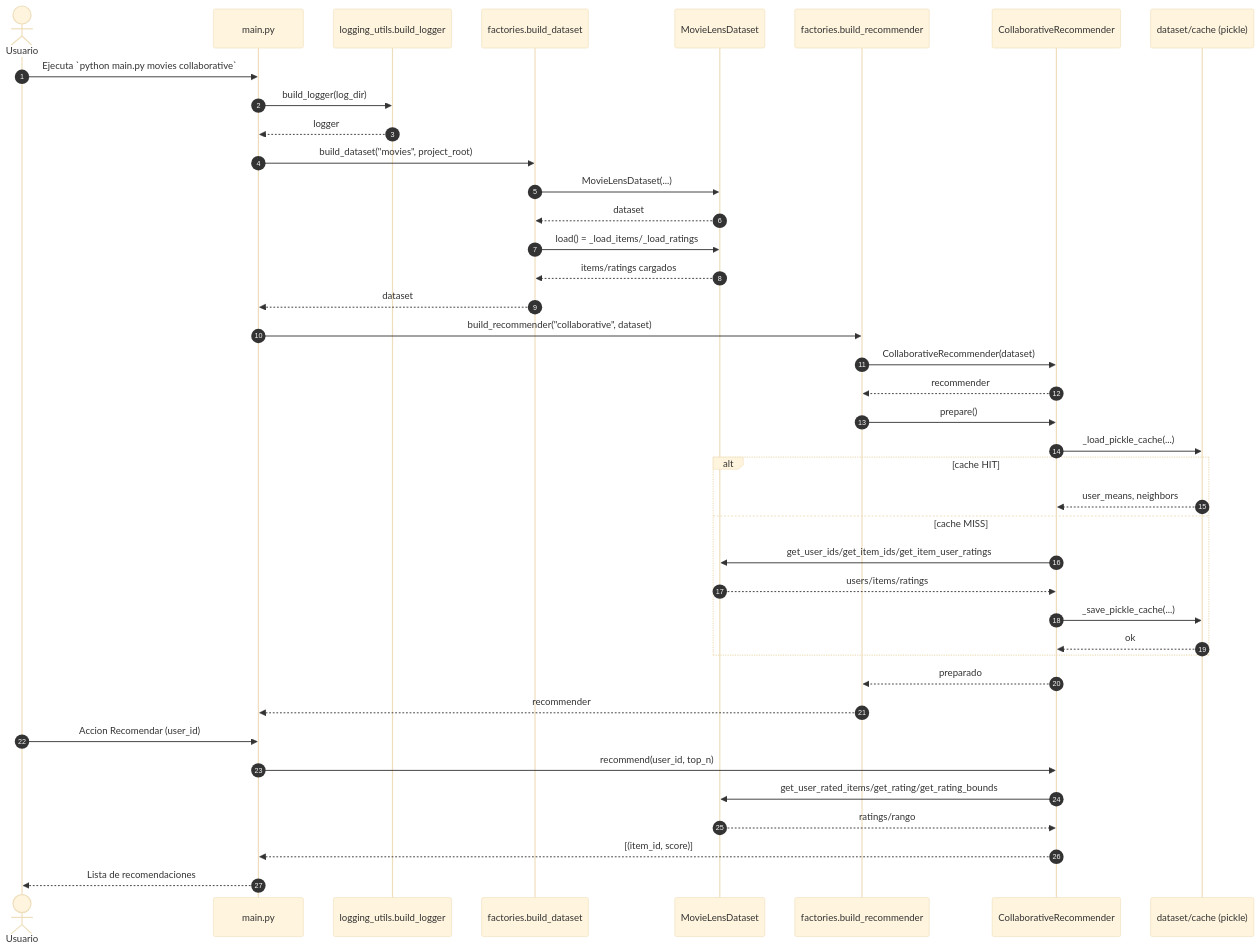
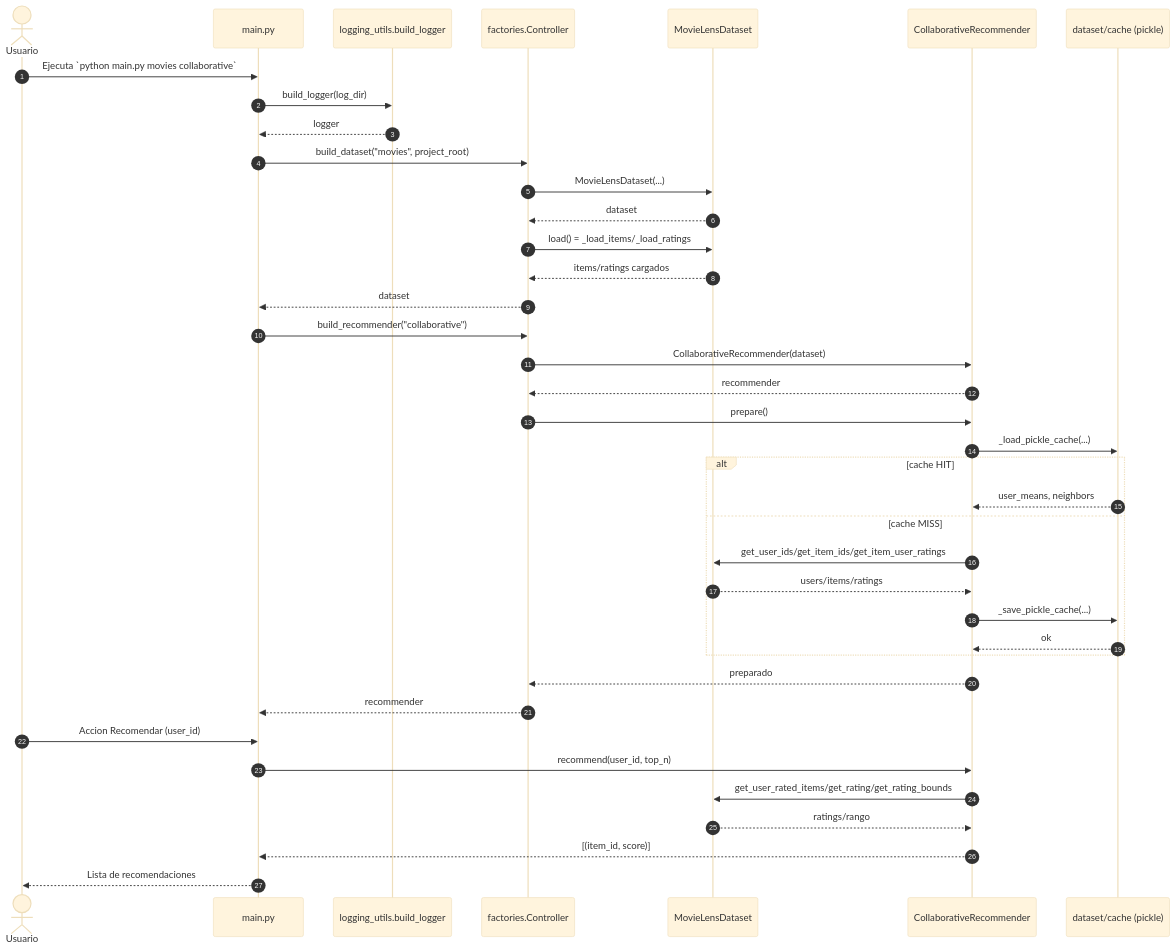
The sixth of 7 diagrams in README.md (Braisfabrega/modular-recommender), drawn with Mermaid (base theme) before and after one commit. The commit also changed other lines of this file and 2 other files, not shown here.

Commit message:
fis: controller implementation

````diff
--- a/README.md
+++ b/README.md
@@ -345,43 +350,42 @@
 ```mermaid
 sequenceDiagram
   autonumber
   actor Usuario
   participant Main as main.py
   participant Logger as logging_utils.build_logger
-  participant Factory as factories.build_dataset
+  participant Controller as factories.Controller
   participant Dataset as MovieLensDataset
-  participant RecFactory as factories.build_recommender
   participant Recommender as CollaborativeRecommender
   participant Cache as dataset/cache (pickle)
 
   Usuario->>Main: Ejecuta `python main.py movies collaborative`
   Main->>Logger: build_logger(log_dir)
   Logger-->>Main: logger
-  Main->>Factory: build_dataset("movies", project_root)
-  Factory->>Dataset: MovieLensDataset(...)
-  Dataset-->>Factory: dataset
-  Factory->>Dataset: load() = _load_items/_load_ratings
-  Dataset-->>Factory: items/ratings cargados
-  Factory-->>Main: dataset
-  Main->>RecFactory: build_recommender("collaborative", dataset)
-  RecFactory->>Recommender: CollaborativeRecommender(dataset)
-  Recommender-->>RecFactory: recommender
-  RecFactory->>Recommender: prepare()
+  Main->>Controller: build_dataset("movies", project_root)
+  Controller->>Dataset: MovieLensDataset(...)
+  Dataset-->>Controller: dataset
+  Controller->>Dataset: load() = _load_items/_load_ratings
+  Dataset-->>Controller: items/ratings cargados
+  Controller-->>Main: dataset
+  Main->>Controller: build_recommender("collaborative")
+  Controller->>Recommender: CollaborativeRecommender(dataset)
+  Recommender-->>Controller: recommender
+  Controller->>Recommender: prepare()
   Recommender->>Cache: _load_pickle_cache(...)
   alt cache HIT
     Cache-->>Recommender: user_means, neighbors
   else cache MISS
     Recommender->>Dataset: get_user_ids/get_item_ids/get_item_user_ratings
     Dataset-->>Recommender: users/items/ratings
     Recommender->>Cache: _save_pickle_cache(...)
     Cache-->>Recommender: ok
   end
-  Recommender-->>RecFactory: preparado
-  RecFactory-->>Main: recommender
+  Recommender-->>Controller: preparado
+  Controller-->>Main: recommender
   Usuario->>Main: Accion Recomendar (user_id)
   Main->>Recommender: recommend(user_id, top_n)
   Recommender->>Dataset: get_user_rated_items/get_rating/get_rating_bounds
   Dataset-->>Recommender: ratings/rango
   Recommender-->>Main: [(item_id, score)]
   Main-->>Usuario: Lista de recomendaciones
 ```
````
